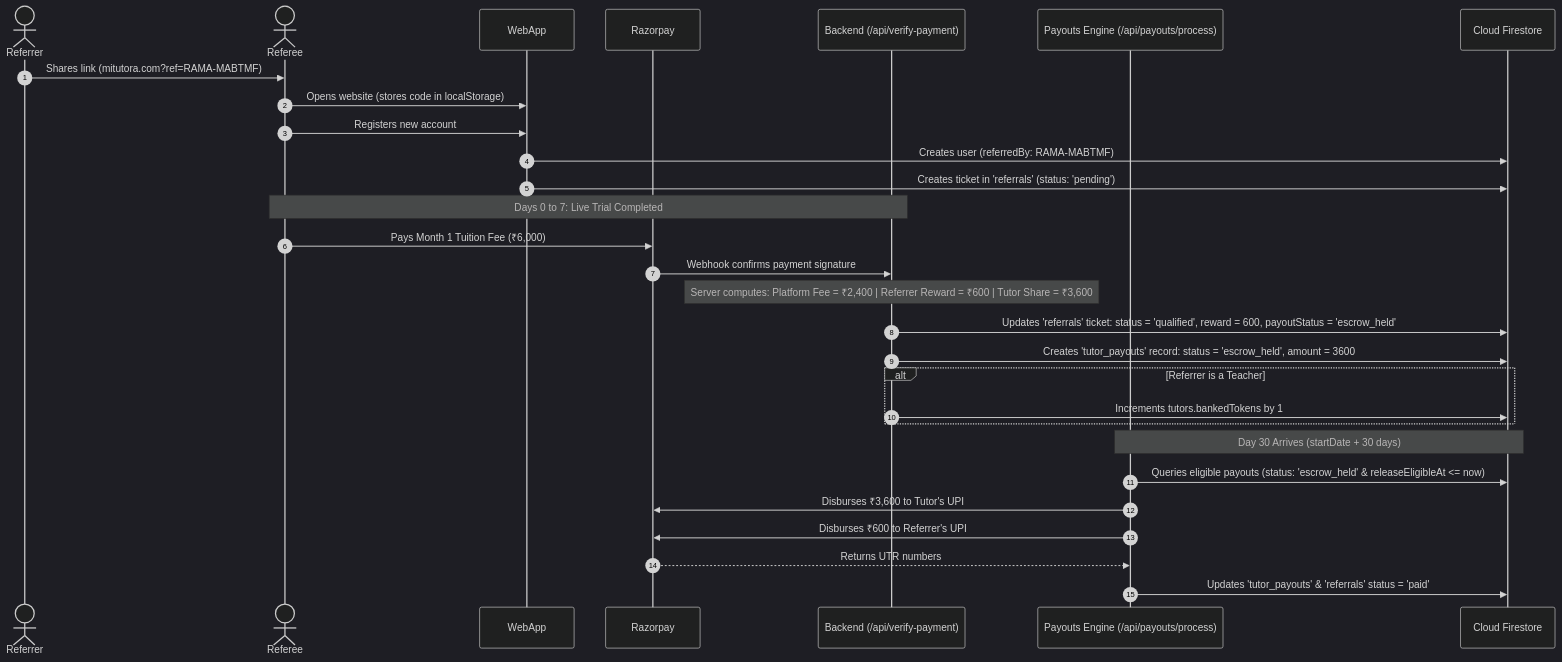
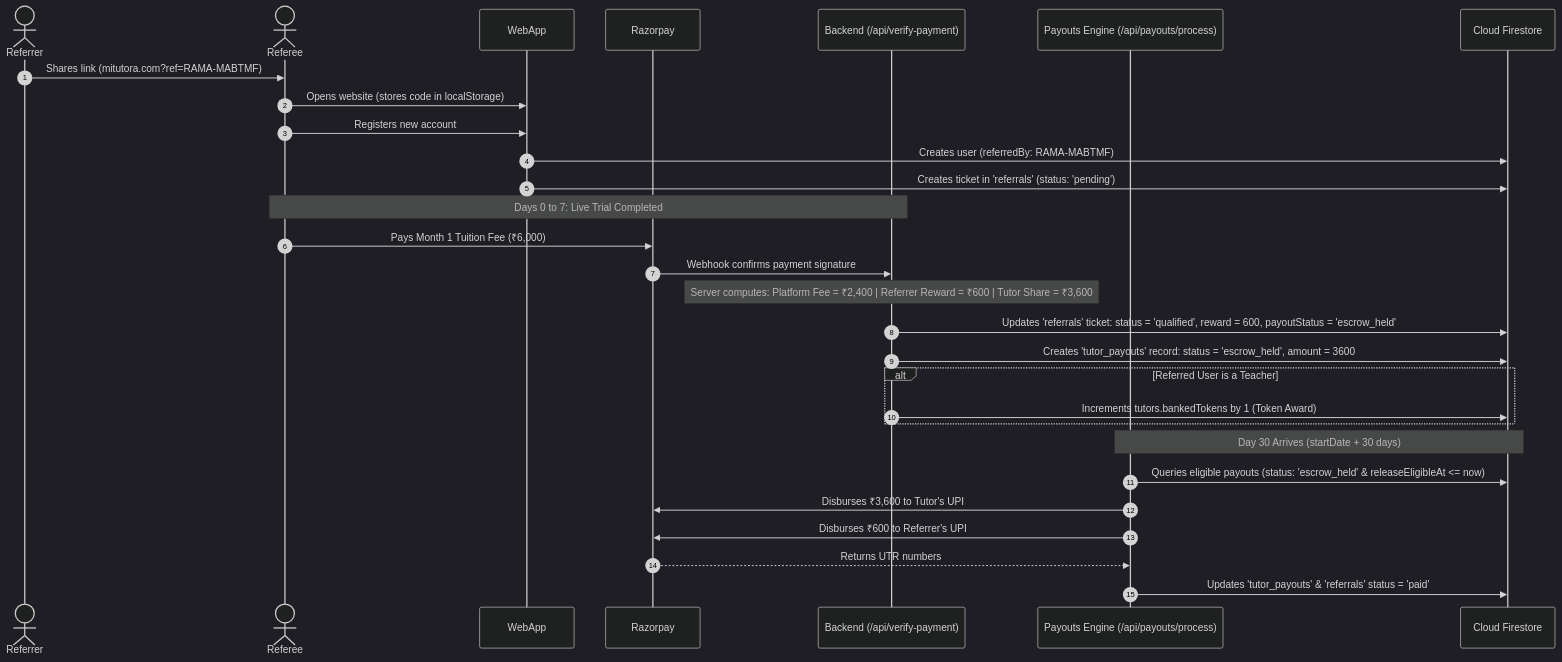
One commit to Nikhil4002-50-82/Mi-Tutora changed the diagram in docs/Referral_System_Architecture.md. Above: the diagram before and after it, drawn with Mermaid (dark theme). The commit also changed other lines of this file and 5 other files, not shown here.

````diff
--- a/docs/Referral_System_Architecture.md
+++ b/docs/Referral_System_Architecture.md
@@ -59,36 +59,36 @@
 ```mermaid
 sequenceDiagram
     autonumber
     actor Referrer
     actor Referee
     participant WebApp
     participant Razorpay
     participant Backend as Backend (/api/verify-payment)
     participant PayoutEngine as Payouts Engine (/api/payouts/process)
     participant DB as Cloud Firestore
 
     Referrer->>Referee: Shares link (mitutora.com?ref=RAMA-MABTMF)
     Referee->>WebApp: Opens website (stores code in localStorage)
     Referee->>WebApp: Registers new account
     WebApp->>DB: Creates user (referredBy: RAMA-MABTMF)
     WebApp->>DB: Creates ticket in 'referrals' (status: 'pending')
 
     Note over Referee, Backend: Days 0 to 7: Live Trial Completed
     Referee->>Razorpay: Pays Month 1 Tuition Fee (₹6,000)
     Razorpay->>Backend: Webhook confirms payment signature
     
     Note over Backend: Server computes: Platform Fee = ₹2,400 | Referrer Reward = ₹600 | Tutor Share = ₹3,600
     Backend->>DB: Updates 'referrals' ticket: status = 'qualified', reward = 600, payoutStatus = 'escrow_held'
     Backend->>DB: Creates 'tutor_payouts' record: status = 'escrow_held', amount = 3600
     
-    alt Referrer is a Teacher
-        Backend->>DB: Increments tutors.bankedTokens by 1
+    alt Referred User is a Teacher
+        Backend->>DB: Increments tutors.bankedTokens by 1 (Token Award)
     end
 
     Note over PayoutEngine, DB: Day 30 Arrives (startDate + 30 days)
     PayoutEngine->>DB: Queries eligible payouts (status: 'escrow_held' & releaseEligibleAt <= now)
     PayoutEngine->>Razorpay: Disburses ₹3,600 to Tutor's UPI
     PayoutEngine->>Razorpay: Disburses ₹600 to Referrer's UPI
     Razorpay-->>PayoutEngine: Returns UTR numbers
     PayoutEngine->>DB: Updates 'tutor_payouts' & 'referrals' status = 'paid'
 ```
````
